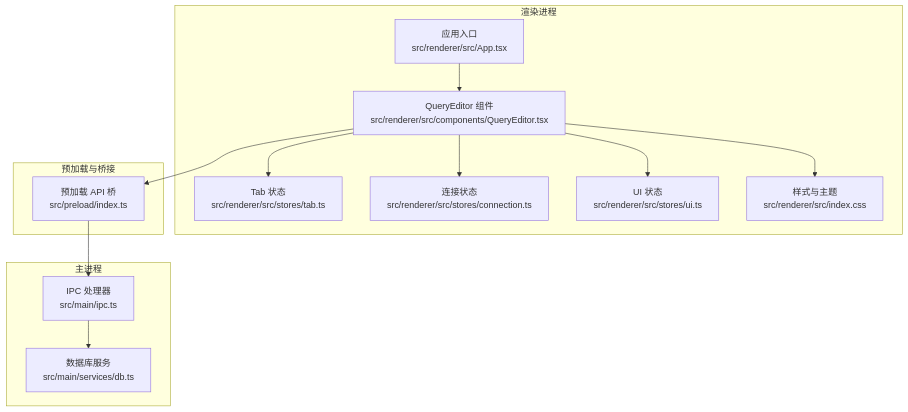
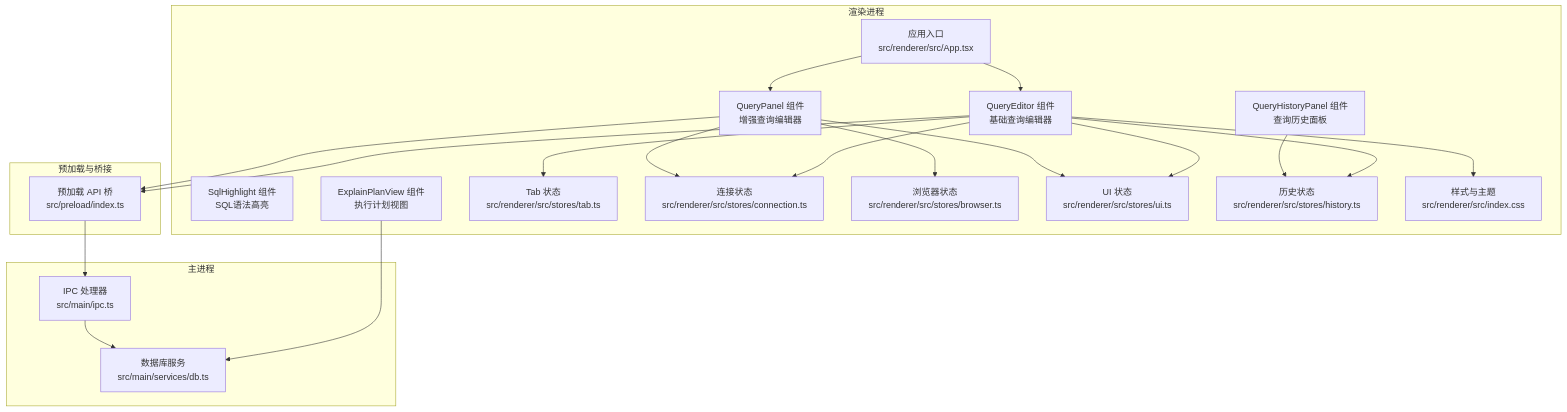
One commit to wwenbo2048/nexsql changed the first of 8 diagrams in .qoder/repowiki/zh/content/前端组件系统/查询编辑器组件.md. Above: the diagram before and after it, drawn with Mermaid. The commit also changed other lines of this file and 19 other files, not shown here.

````diff
--- a/.qoder/repowiki/zh/content/前端组件系统/查询编辑器组件.md
+++ b/.qoder/repowiki/zh/content/前端组件系统/查询编辑器组件.md
@@ -44,26 +66,40 @@
 ```mermaid
 graph TB
 subgraph "渲染进程"
-QE["QueryEditor 组件<br/>src/renderer/src/components/QueryEditor.tsx"]
+QE["QueryEditor 组件<br/>基础查询编辑器"]
+QP["QueryPanel 组件<br/>增强查询编辑器"]
+SH["SqlHighlight 组件<br/>SQL语法高亮"]
+QHP["QueryHistoryPanel 组件<br/>查询历史面板"]
+EPV["ExplainPlanView 组件<br/>执行计划视图"]
 ST["Tab 状态<br/>src/renderer/src/stores/tab.ts"]
 CS["连接状态<br/>src/renderer/src/stores/connection.ts"]
+BS["浏览器状态<br/>src/renderer/src/stores/browser.ts"]
 UIS["UI 状态<br/>src/renderer/src/stores/ui.ts"]
+HS["历史状态<br/>src/renderer/src/stores/history.ts"]
 CSS["样式与主题<br/>src/renderer/src/index.css"]
 APP["应用入口<br/>src/renderer/src/App.tsx"]
 end
 subgraph "预加载与桥接"
 PRE["预加载 API 桥<br/>src/preload/index.ts"]
 end
 subgraph "主进程"
 IPC["IPC 处理器<br/>src/main/ipc.ts"]
 DB["数据库服务<br/>src/main/services/db.ts"]
 end
 QE --> CS
 QE --> UIS
 QE --> PRE
 QE --> ST
+QE --> HS
 QE --> CSS
+QP --> BS
+QP --> CS
+QP --> UIS
+QP --> PRE
+QHP --> HS
+EPV --> DB
 APP --> QE
+APP --> QP
 PRE --> IPC
 IPC --> DB
 ```
````
